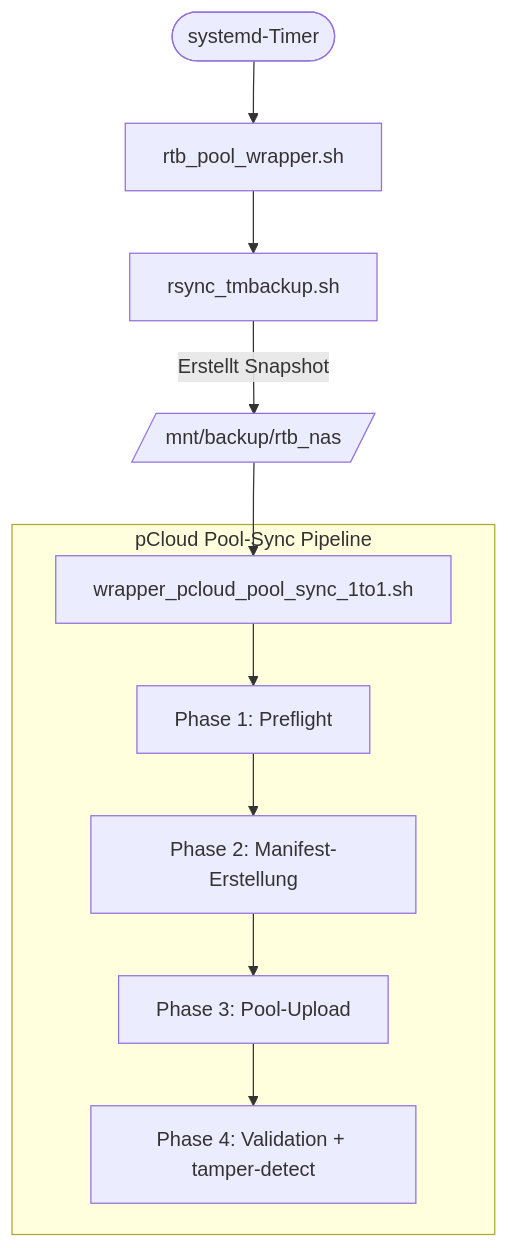
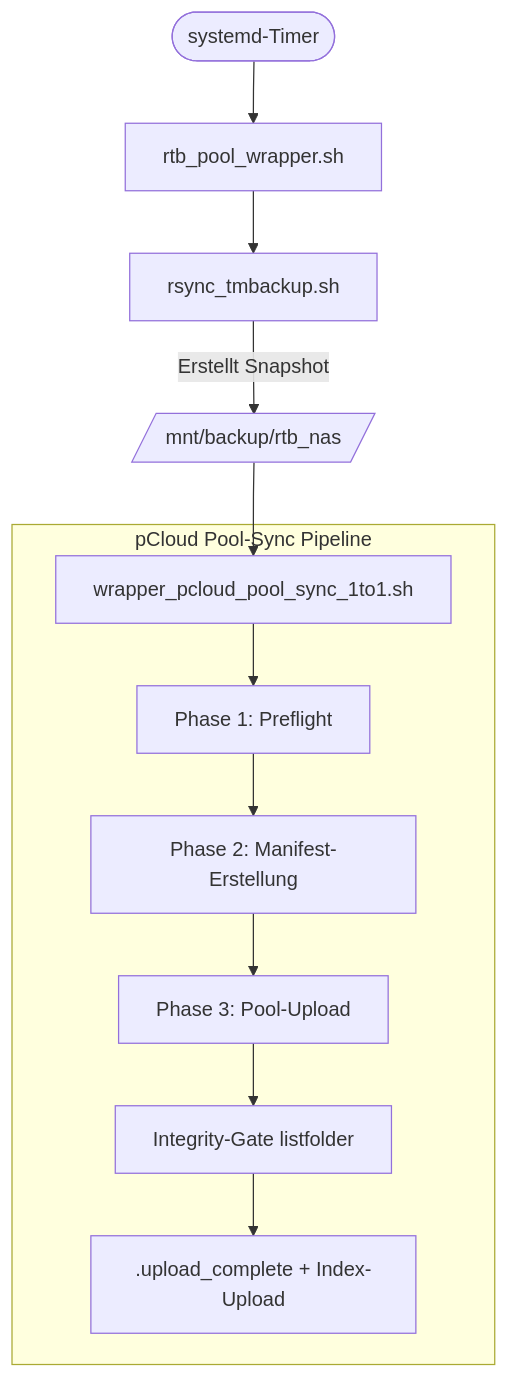
The first of 2 diagrams in docs/ARCHITECTURE.md (lastphoenx/pcloud-tools), drawn with Mermaid before and after one commit. The commit also changed other lines of this file and 6 other files, not shown here.

First line of the commit message:
docs: integrity gate, manifest ref, and DB maintenance

````diff
--- a/docs/ARCHITECTURE.md
+++ b/docs/ARCHITECTURE.md
@@ -29,14 +29,15 @@
 ```mermaid
 flowchart TD
     Timer([systemd-Timer]) --> RTB_Wrapper[rtb_pool_wrapper.sh]
     RTB_Wrapper --> RSYNC[rsync_tmbackup.sh]
     RSYNC -- "Erstellt Snapshot" --> NAS_DIR[/mnt/backup/rtb_nas/]
     NAS_DIR --> PCLOUD_WRAPPER[wrapper_pcloud_pool_sync_1to1.sh]
 
     subgraph Pipeline [pCloud Pool-Sync Pipeline]
     PCLOUD_WRAPPER --> P1[Phase 1: Preflight]
     P1 --> P2[Phase 2: Manifest-Erstellung]
     P2 --> P3[Phase 3: Pool-Upload]
-    P3 --> P4[Phase 4: Validation + tamper-detect]
+    P3 --> P4[Integrity-Gate listfolder]
+    P4 --> P5[.upload_complete + Index-Upload]
     end
 ```
````
